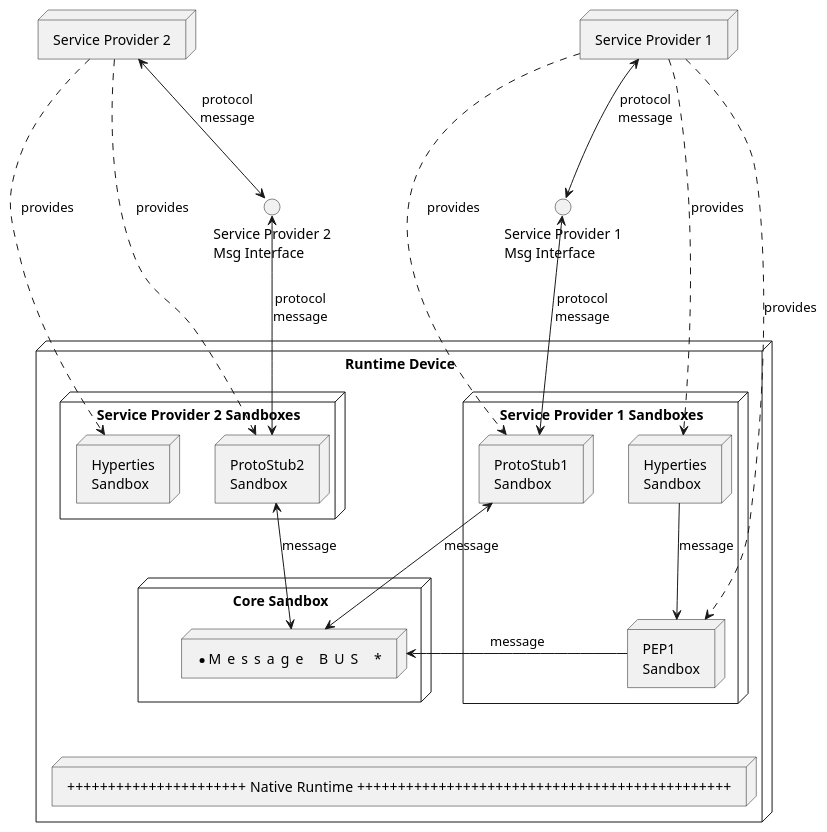
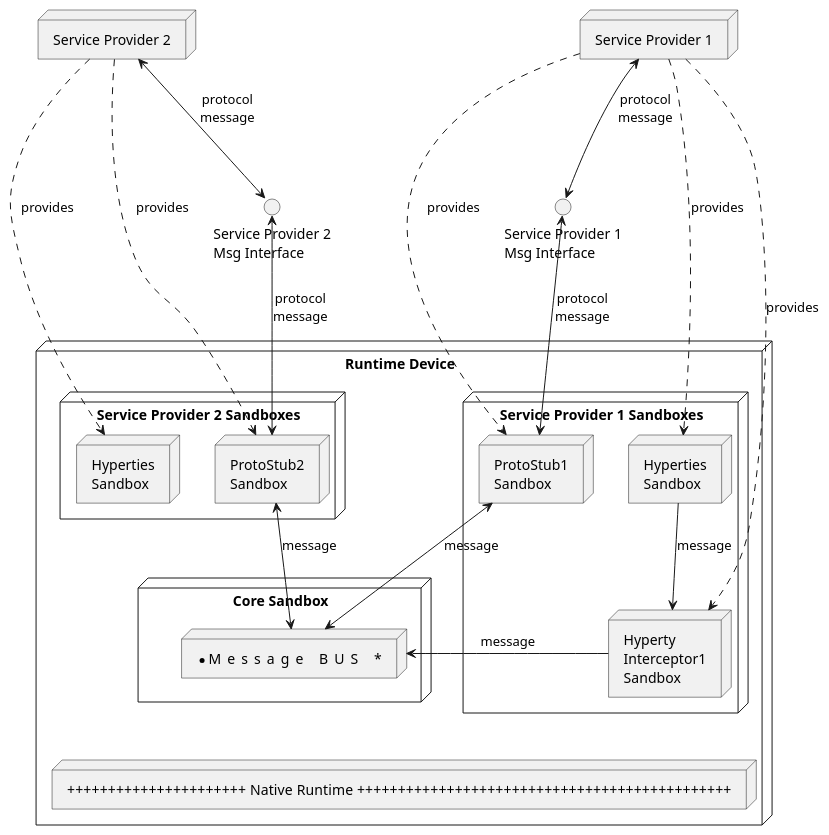
The diagram in docs/specs/runtime/runtime_architecture_high_level_pep.plantuml (reTHINK-project/core-framework), drawn with PlantUML before and after one commit. The commit also changed 19 other files, not shown here.

```diff
--- a/docs/specs/runtime/runtime_architecture_high_level_pep.plantuml
+++ b/docs/specs/runtime/runtime_architecture_high_level_pep.plantuml
@@ -1,86 +1,86 @@
 @startuml "Runtime_Architecture_high_level_pep.png"
 
 
 node "Service Provider 1" as SP1 {
 }
 
 () "Service Provider 1\nMsg Interface" as SP1I
 
 node "Service Provider 2" as SP2 {
 }
 
 () "Service Provider 2\nMsg Interface" as SP2I
 
 
 node "Runtime Device" as rt {
 
 
  node "Service Provider 1 Sandboxes" as SP1Sand {
 
  node "Hyperties\nSandbox" as H1Sand {
 
 	 }
 
  node "ProtoStub1\nSandbox" as Proto1Sand {
 
  }
 
-node "PEP1\nSandbox" as PEP1Sand {
+node "Hyperty\nInterceptor1\nSandbox" as PEP1Sand {
  }
 
 
 
  }
 
 node "Service Provider 2 Sandboxes" as SP2Sand {
 
  node "Hyperties\nSandbox" as H2Sand {
 	 }
 
- 
+
  node "ProtoStub2\nSandbox" as Proto2Sand {
 
   }
 
 
  }
 
 H1Sand <..up- SP1 : provides
 Proto1Sand <..up- SP1 : provides
 PEP1Sand <..up- SP1 : provides
 
 H2Sand <.up- SP2 : provides
 Proto2Sand <.up- SP2 : provides
 
 
 SP1 <-down-> SP1I : protocol\nmessage
 SP1I <-down-> Proto1Sand : protocol\nmessage
 
 SP2 <-down-> SP2I : protocol\nmessage
 SP2I <-down-> Proto2Sand : protocol\nmessage
 
 node "Core Sandbox" as core {
 
- node "*            Message      BUS                *" as Bus 
+ node "*            Message      BUS                *" as Bus
 
 }
 
  H1Sand -down-> PEP1Sand : message
 
  PEP1Sand -> Bus : message
 
  Bus <-up-> Proto1Sand : message
 
  Bus <-up-> Proto2Sand : message
 
 
 
 node "++++++++++++++++++++++ Native    Runtime ++++++++++++++++++++++++++++++++++++++++++++++" as native {
-	
+
 	}
 
 }
 
 native -[hidden]up- core
 
 @enduml
```
